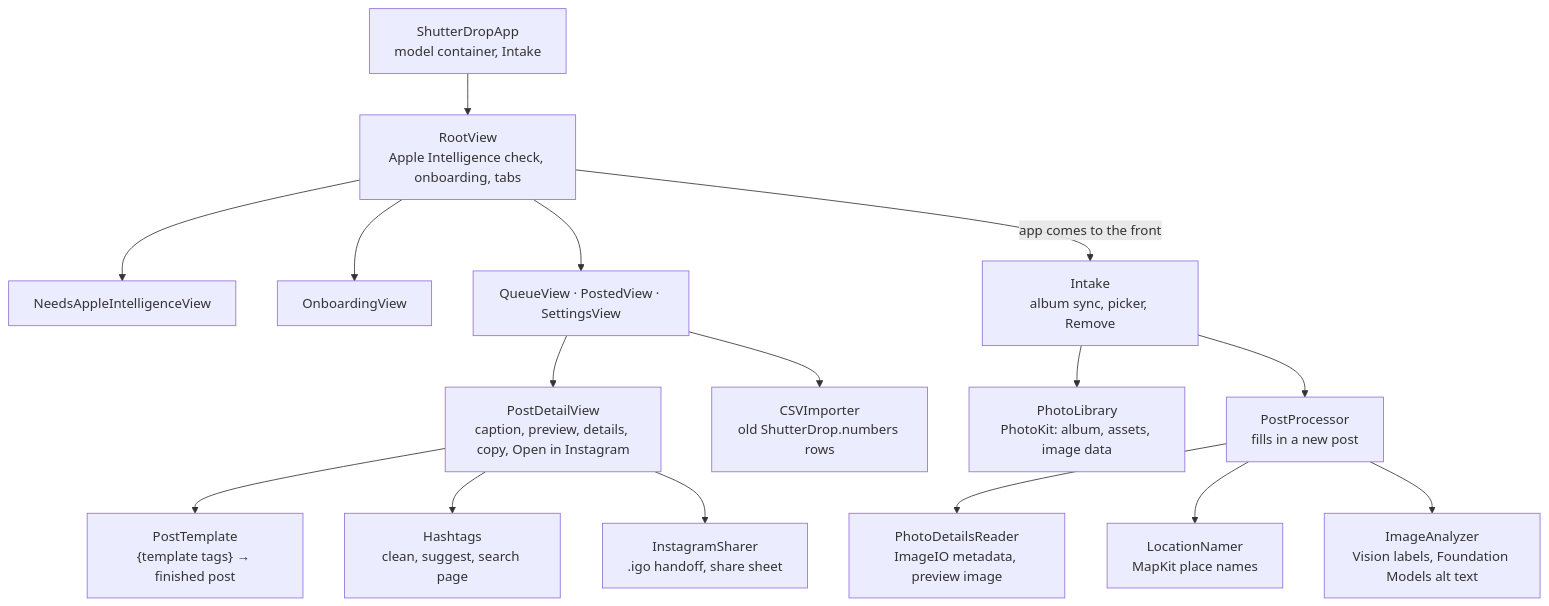
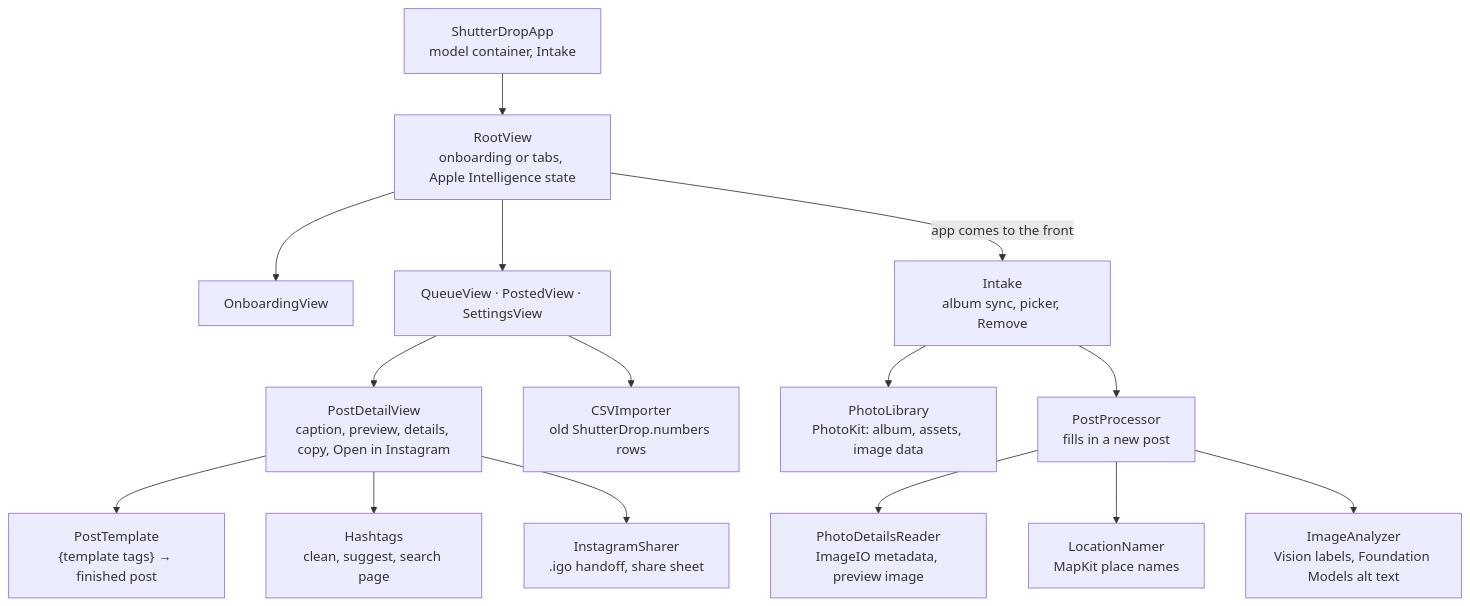
The diagram in ARCHITECTURE.md (cressmancm/ShutterDropApp), drawn with Mermaid before and after one commit. The commit also changed other lines of this file and 14 other files, not shown here.

First line of the commit message:
Make Apple Intelligence optional

````diff
--- a/ARCHITECTURE.md
+++ b/ARCHITECTURE.md
@@ -5,21 +5,20 @@
 ```mermaid
 flowchart TD
     app["ShutterDropApp<br/>model container, Intake"]
-    app --> root["RootView<br/>Apple Intelligence check, onboarding, tabs"]
-    root --> needs["NeedsAppleIntelligenceView"]
+    app --> root["RootView<br/>onboarding or tabs, Apple Intelligence state"]
     root --> onboarding["OnboardingView"]
     root --> tabs["QueueView · PostedView · SettingsView"]
     tabs --> detail["PostDetailView<br/>caption, preview, details, copy, Open in Instagram"]
 
     root -->|app comes to the front| intake["Intake<br/>album sync, picker, Remove"]
     intake --> library["PhotoLibrary<br/>PhotoKit: album, assets, image data"]
     intake --> processor["PostProcessor<br/>fills in a new post"]
     processor --> reader["PhotoDetailsReader<br/>ImageIO metadata, preview image"]
     processor --> namer["LocationNamer<br/>MapKit place names"]
     processor --> analyzer["ImageAnalyzer<br/>Vision labels, Foundation Models alt text"]
 
     detail --> template["PostTemplate<br/>{template tags} → finished post"]
     detail --> hashtags["Hashtags<br/>clean, suggest, search page"]
     detail --> sharer["InstagramSharer<br/>.igo handoff, share sheet"]
     tabs --> importer["CSVImporter<br/>old ShutterDrop.numbers rows"]
 ```
````
